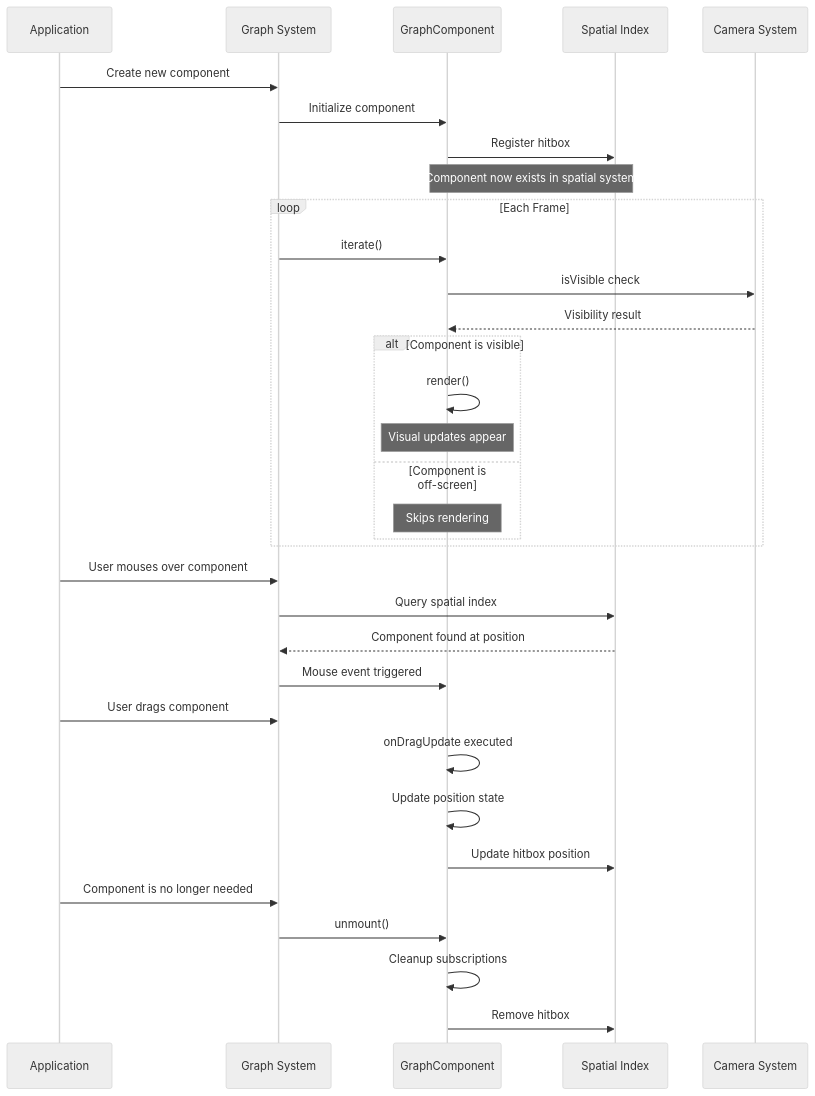
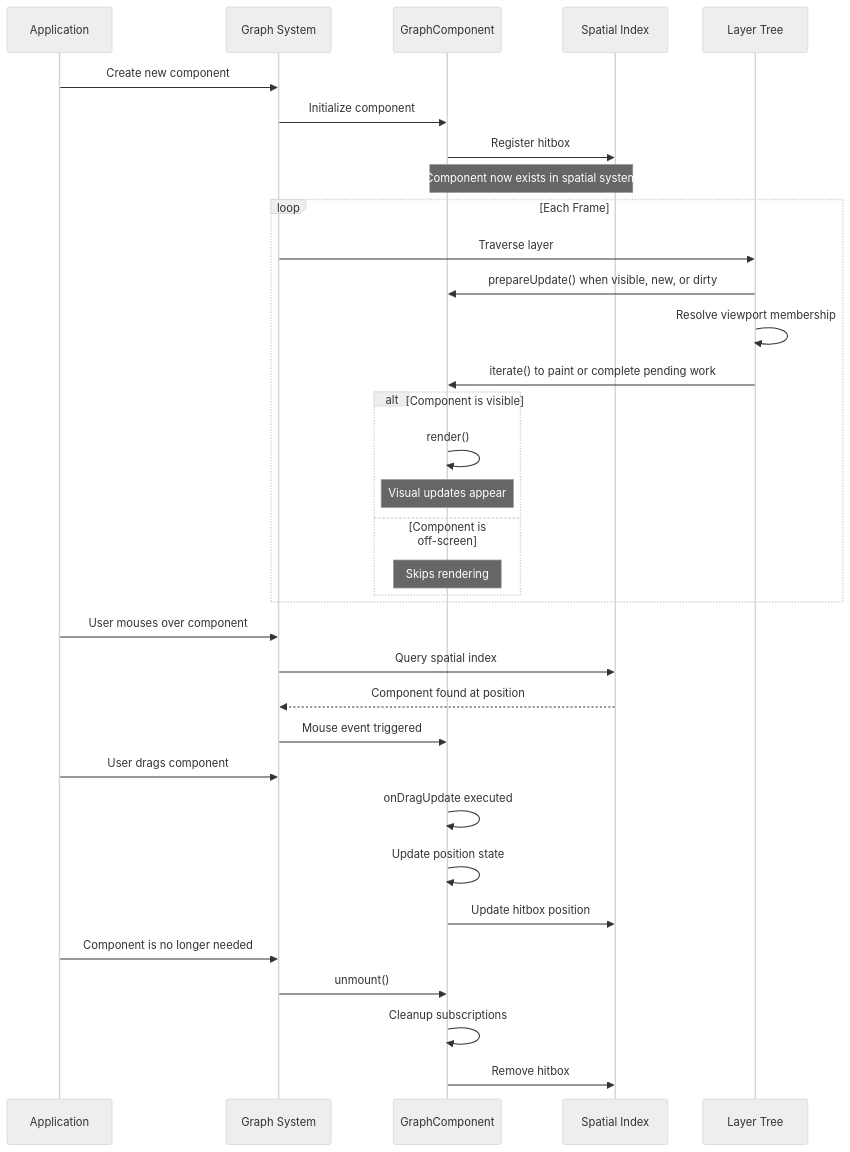
One commit to gravity-ui/graph changed the second of 2 diagrams in packages/graph/docs/components/canvas-graph-component.md. Above: the diagram before and after it, drawn with Mermaid (neutral theme). The commit also changed other lines of this file and 35 other files, not shown here.

Commit message:
feat(graph): make viewport culling native to layer trees

````diff
--- a/packages/graph/docs/components/canvas-graph-component.md
+++ b/packages/graph/docs/components/canvas-graph-component.md
@@ -353,42 +358,43 @@
 ```mermaid
 sequenceDiagram
     participant App as Application
     participant Graph as Graph System
     participant Comp as GraphComponent
     participant HitTest as Spatial Index
-    participant Camera as Camera System
+    participant Tree as Layer Tree
     
     App->>Graph: Create new component
     Graph->>Comp: Initialize component
     Comp->>HitTest: Register hitbox
     
     Note over Comp,HitTest: Component now exists in spatial system
     
     loop Each Frame
-        Graph->>Comp: iterate()
-        Comp->>Camera: isVisible check
-        Camera-->>Comp: Visibility result
+        Graph->>Tree: Traverse layer
+        Tree->>Comp: prepareUpdate() when visible, new, or dirty
+        Tree->>Tree: Resolve viewport membership
+        Tree->>Comp: iterate() to paint or complete pending work
         
         alt Component is visible
             Comp->>Comp: render()
             Note over Comp: Visual updates appear
         else Component is off-screen
             Note over Comp: Skips rendering
         end
     end
     
     App->>Graph: User mouses over component
     Graph->>HitTest: Query spatial index
     HitTest-->>Graph: Component found at position
     Graph->>Comp: Mouse event triggered
     
     App->>Graph: User drags component
     Comp->>Comp: onDragUpdate executed
     Comp->>Comp: Update position state
     Comp->>HitTest: Update hitbox position
     
     App->>Graph: Component is no longer needed
     Graph->>Comp: unmount()
     Comp->>Comp: Cleanup subscriptions
     Comp->>HitTest: Remove hitbox
 ```
````
